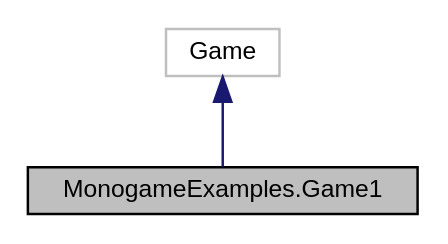
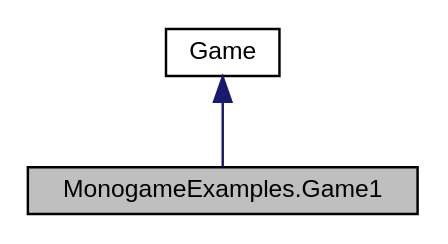
Before and after one commit to DreamyStranger/MonoGame-Platformer: the diagram in docs/classMonogameExamples_1_1Game1__inherit__graph.dot, drawn with Graphviz. The commit also changed 478 other files, not shown here.

```diff
--- a/docs/classMonogameExamples_1_1Game1__inherit__graph.dot
+++ b/docs/classMonogameExamples_1_1Game1__inherit__graph.dot
@@ -1,9 +1,9 @@
 digraph "MonogameExamples.Game1"
 {
  // LATEX_PDF_SIZE
   edge [fontname="Helvetica",fontsize="10",labelfontname="Helvetica",labelfontsize="10"];
   node [fontname="Helvetica",fontsize="10",shape=record];
   Node1 [label="MonogameExamples.Game1",height=0.2,width=0.4,color="black", fillcolor="grey75", style="filled", fontcolor="black",tooltip="The main game class."];
   Node2 -> Node1 [dir="back",color="midnightblue",fontsize="10",style="solid",fontname="Helvetica"];
-  Node2 [label="Game",height=0.2,width=0.4,color="grey75", fillcolor="white", style="filled",tooltip=" "];
+  Node2 [label="Game",height=0.2,width=0.4,color="black", fillcolor="white", style="filled",tooltip=" "];
 }
```
